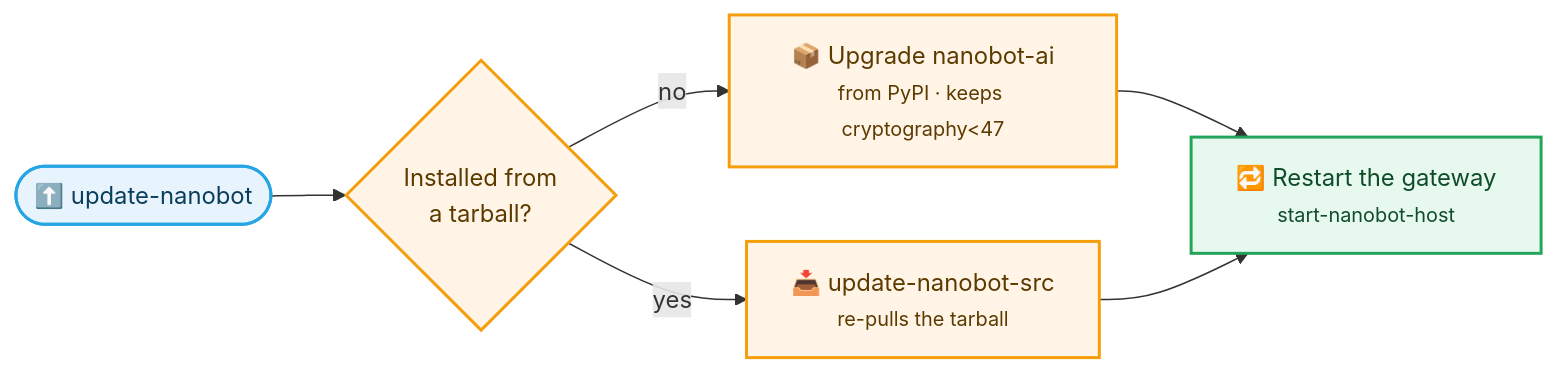
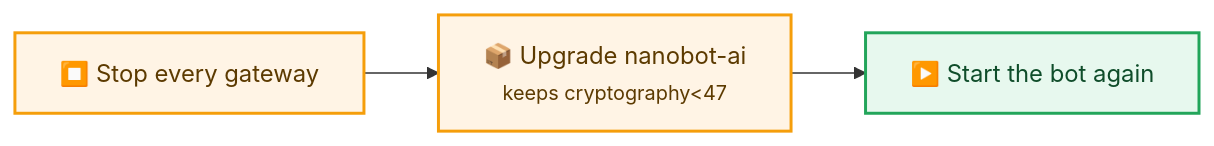
One commit to gianfrancodemarco/nanobot-android-termux changed the second of 2 diagrams in README.md. Above: the diagram before and after it, drawn with Mermaid. The commit also changed other lines of this file and 12 other files, not shown here.

````diff
--- a/README.md
+++ b/README.md
@@ -96,15 +103,9 @@
 ```mermaid
 flowchart LR
-    run(["⬆️ update-nanobot"]) --> q{"Installed from<br/>a tarball?"}
-    q -->|no| pypi["📦 Upgrade nanobot-ai<br/><small>from PyPI · keeps cryptography&lt;47</small>"]
-    q -->|yes| src["📥 update-nanobot-src<br/><small>re-pulls the tarball</small>"]
-    pypi --> restart["🔁 Restart the gateway<br/><small>start-nanobot-host</small>"]
-    src --> restart
+    stop["⏹️ Stop every gateway"] --> up["📦 Upgrade nanobot-ai<br/><small>keeps cryptography&lt;47</small>"] --> start["▶️ Start the bot again"]
 
-    classDef start fill:#E8F4FD,stroke:#26A5E4,stroke-width:2px,color:#0B3D5C
     classDef step fill:#FFF4E5,stroke:#F59E0B,stroke-width:2px,color:#5C3A00
     classDef done fill:#E7F8EE,stroke:#22A55A,stroke-width:2px,color:#0F4D2A
-    class run start
-    class q,pypi,src step
-    class restart done
+    class stop,up step
+    class start done
 ```
````
